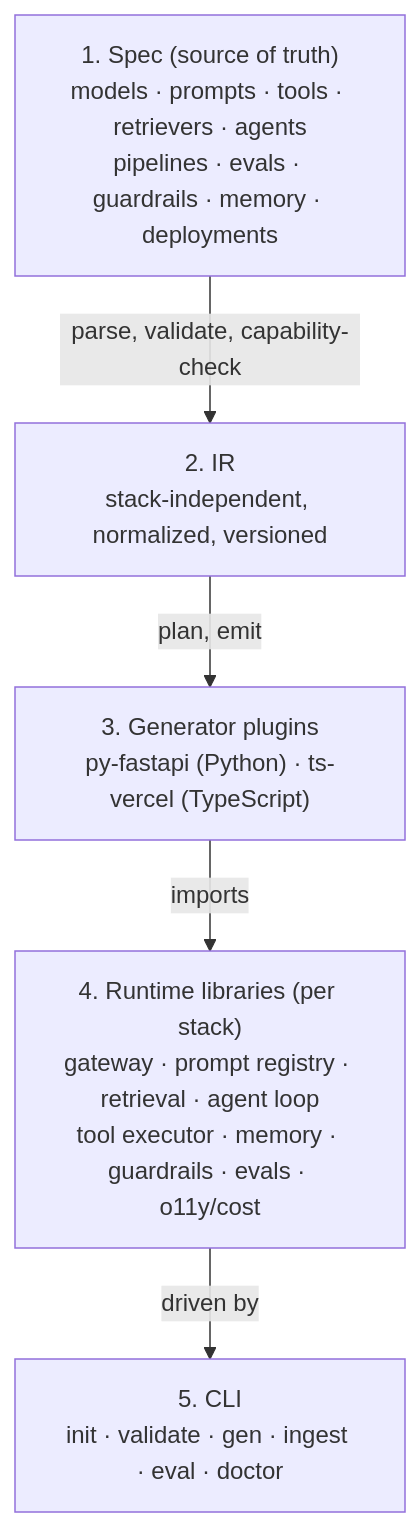
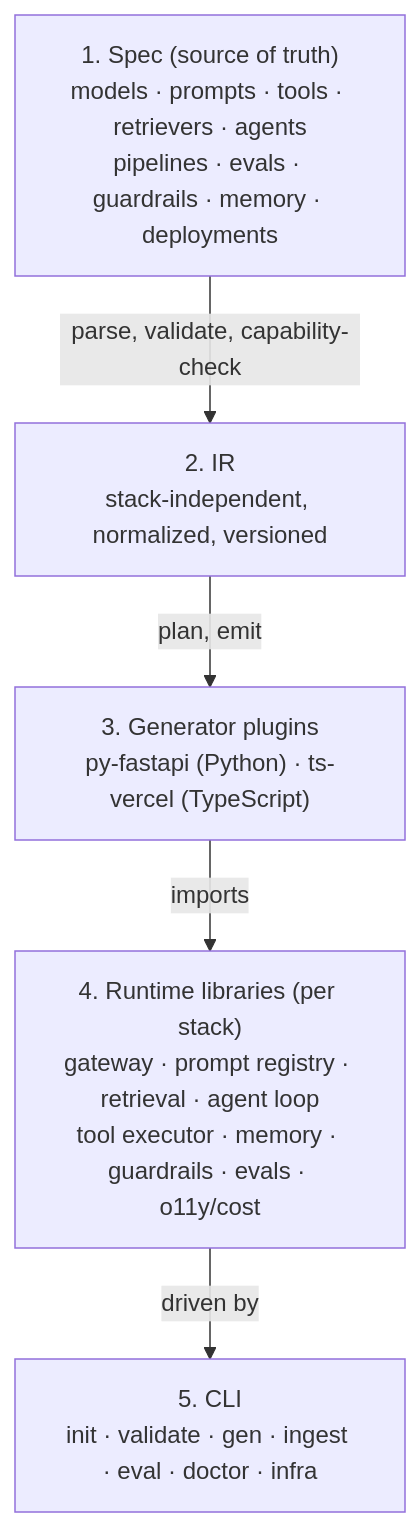
Before and after one commit to aid-framework/aid-framework: the diagram in README.md, drawn with Mermaid. The commit also changed other lines of this file and 17 other files, not shown here.

````diff
--- a/README.md
+++ b/README.md
@@ -46,12 +46,12 @@
 ```mermaid
 flowchart TD
     A["1. Spec (source of truth)<br/>models · prompts · tools · retrievers · agents<br/>pipelines · evals · guardrails · memory · deployments"]
     B["2. IR<br/>stack-independent, normalized, versioned"]
     C["3. Generator plugins<br/>py-fastapi (Python) · ts-vercel (TypeScript)"]
     D["4. Runtime libraries (per stack)<br/>gateway · prompt registry · retrieval · agent loop<br/>tool executor · memory · guardrails · evals · o11y/cost"]
-    E["5. CLI<br/>init · validate · gen · ingest · eval · doctor"]
+    E["5. CLI<br/>init · validate · gen · ingest · eval · doctor · infra"]
     A -->|parse, validate, capability-check| B
     B -->|plan, emit| C
     C -->|imports| D
     D -->|driven by| E
 ```
````
